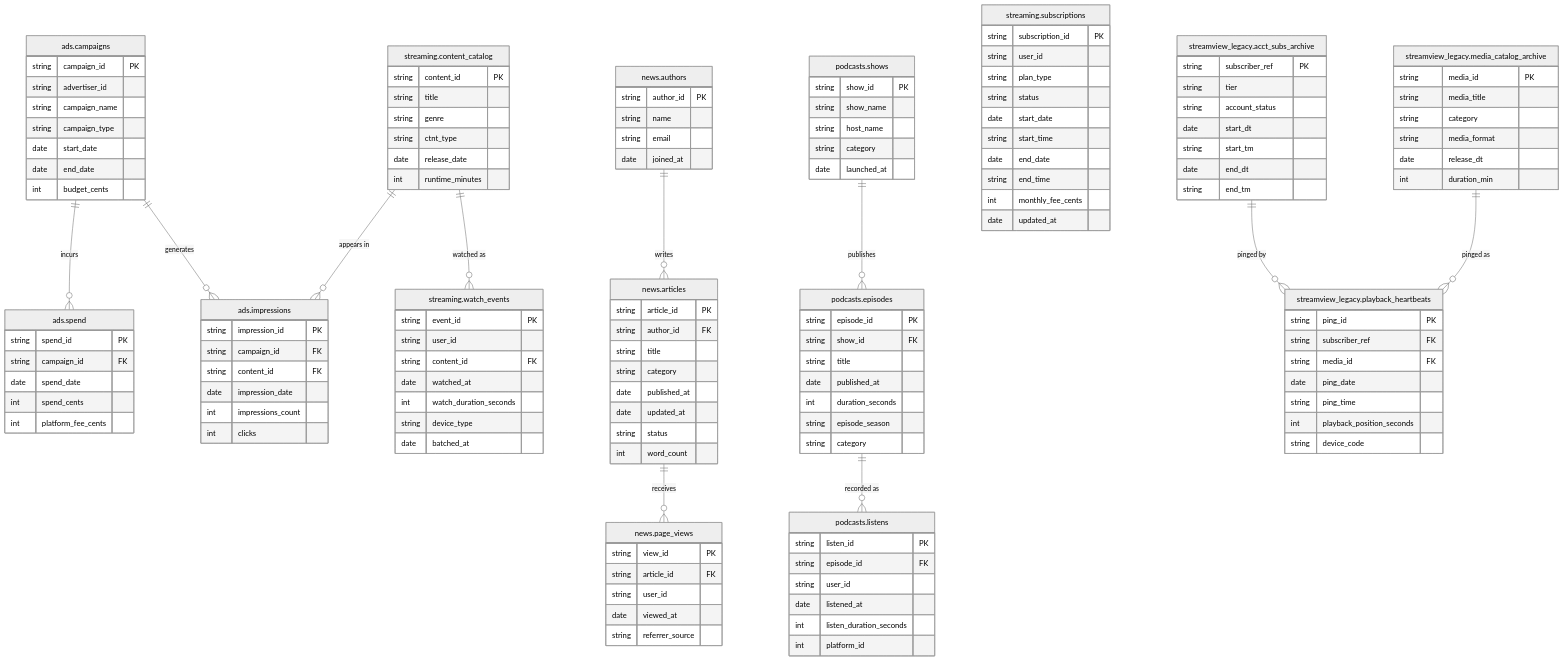
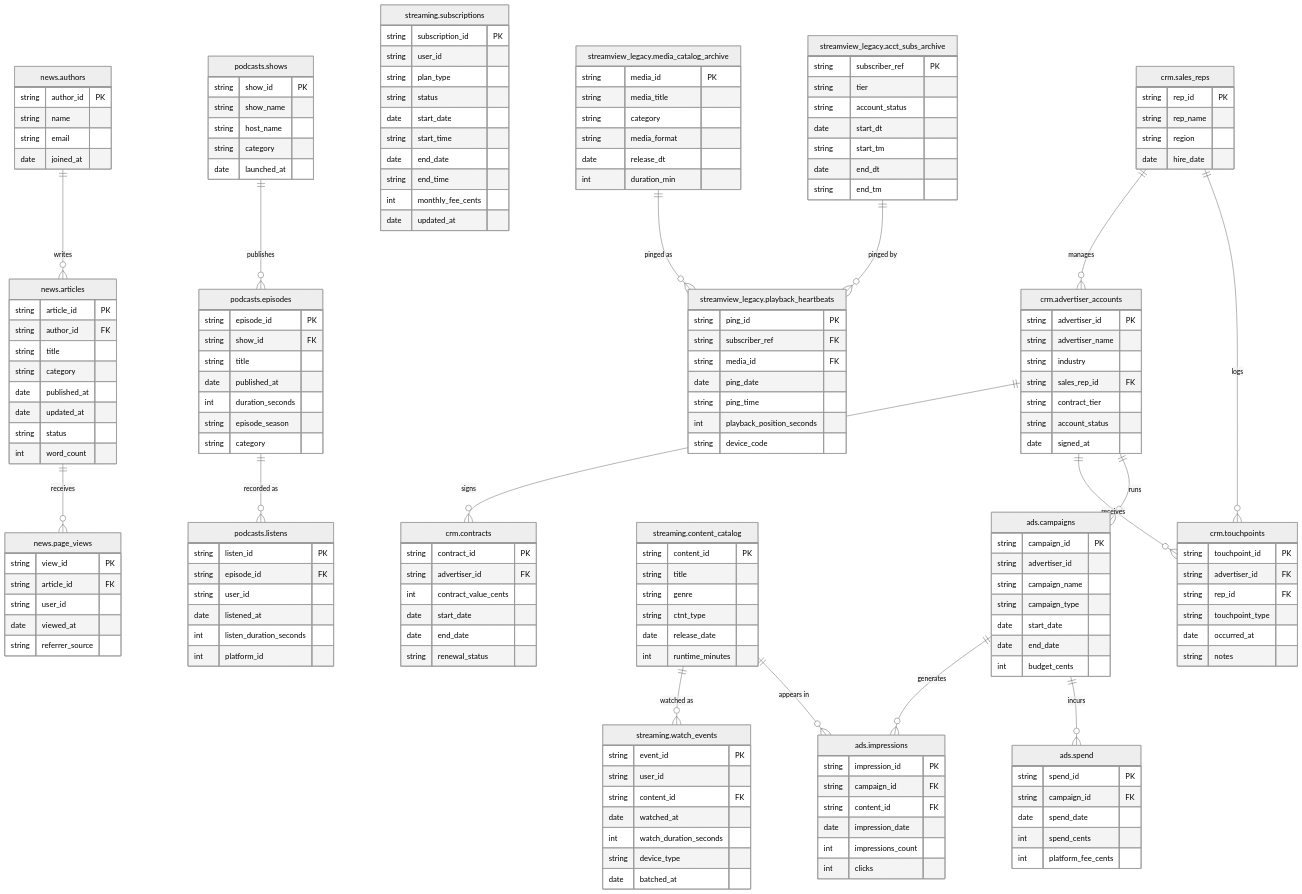
One commit to godatadriven/academy-dbt-at-scale changed the diagram in docs/mediapulse/data-erd.md. Above: the diagram before and after it, drawn with Mermaid (neutral theme). The commit also changed other lines of this file and 5 other files, not shown here.

```diff
--- a/docs/mediapulse/data-erd.md
+++ b/docs/mediapulse/data-erd.md
@@ -149,7 +158,47 @@
         string device_code
     }
 
+    crm.sales_reps {
+        string rep_id      PK
+        string rep_name
+        string region
+        date   hire_date
+    }
+
+    crm.advertiser_accounts {
+        string advertiser_id  PK
+        string advertiser_name
+        string industry
+        string sales_rep_id   FK
+        string contract_tier
+        string account_status
+        date   signed_at
+    }
+
+    crm.contracts {
+        string contract_id           PK
+        string advertiser_id         FK
+        int    contract_value_cents
+        date   start_date
+        date   end_date
+        string renewal_status
+    }
+
+    crm.touchpoints {
+        string touchpoint_id  PK
+        string advertiser_id  FK
+        string rep_id         FK
+        string touchpoint_type
+        date   occurred_at
+        string notes
+    }
+
     streaming.content_catalog ||--o{ streaming.watch_events : "watched as"
+    crm.sales_reps            ||--o{ crm.advertiser_accounts : "manages"
+    crm.advertiser_accounts   ||--o{ crm.contracts            : "signs"
+    crm.advertiser_accounts   ||--o{ crm.touchpoints          : "receives"
+    crm.sales_reps            ||--o{ crm.touchpoints          : "logs"
+    crm.advertiser_accounts   ||--o{ ads.campaigns            : "runs"
     streamview_legacy.media_catalog_archive ||--o{ streamview_legacy.playback_heartbeats : "pinged as"
     streamview_legacy.acct_subs_archive      ||--o{ streamview_legacy.playback_heartbeats : "pinged by"
     ads.campaigns        ||--o{ ads.impressions           : "generates"
```
